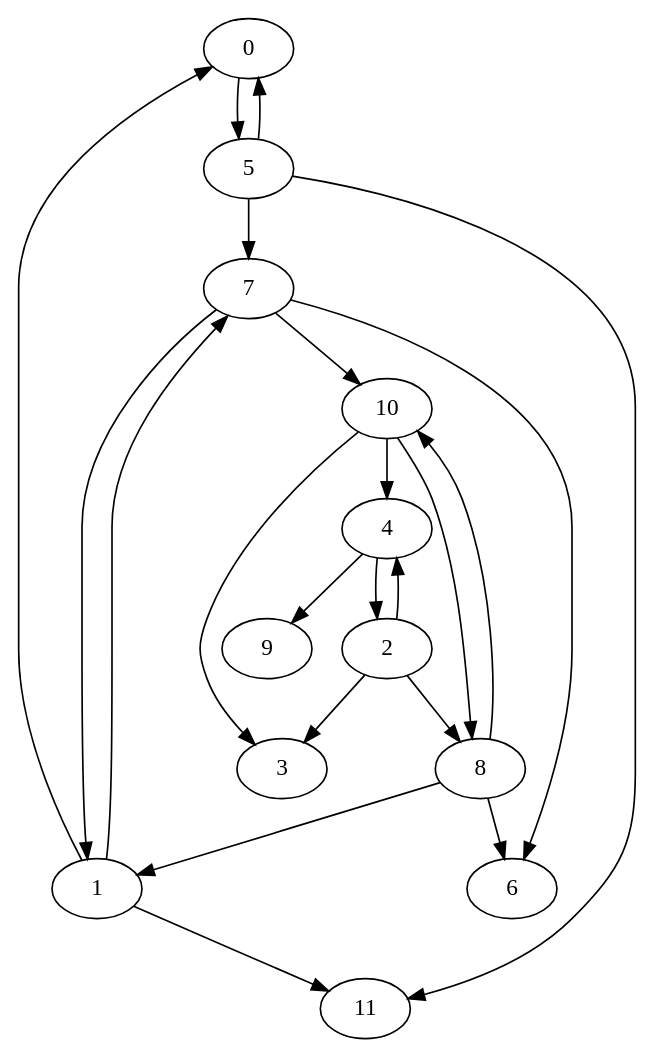
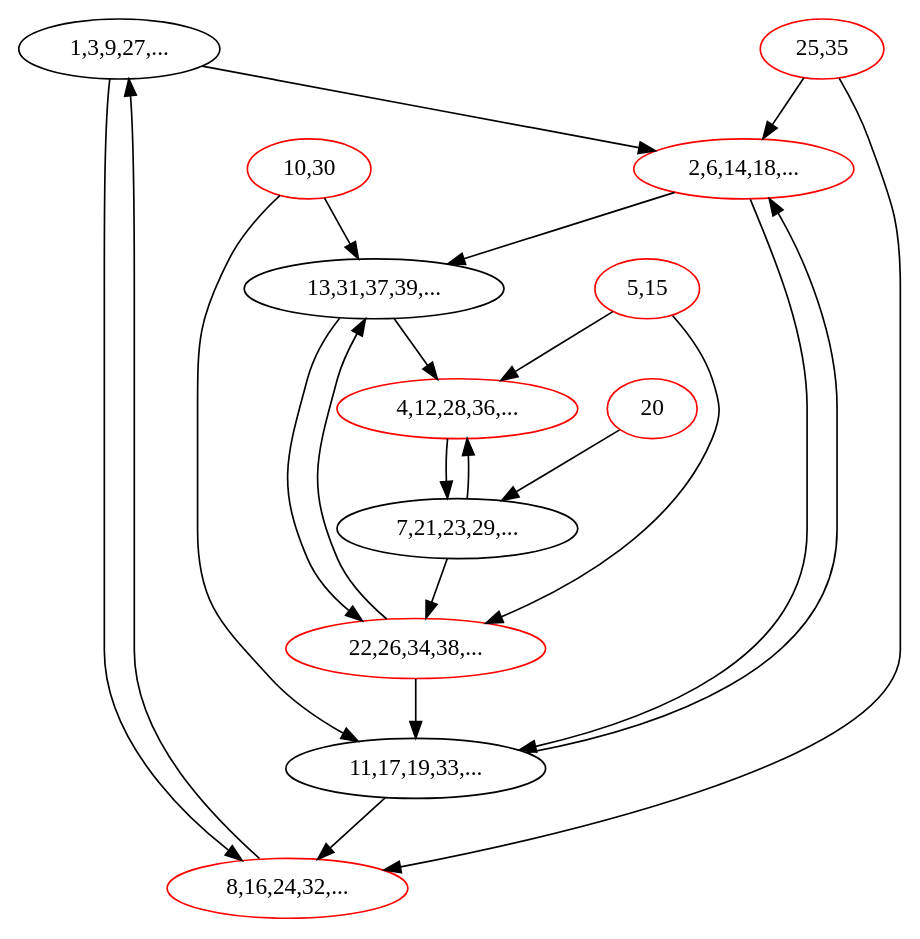
The diagram in graph40_q3a5b1.gv (jwimberley/FiniteFieldCollatz), drawn with Graphviz before and after one commit. The commit also changed 18 other files, not shown here.

```diff
--- a/graph40_q3a5b1.gv
+++ b/graph40_q3a5b1.gv
@@ -1,35 +1,35 @@
 digraph G {
-0;
-1;
-2;
-3;
-4;
-5;
-6;
-7;
-8;
-9;
-10;
-11;
-1->0 ;
+0[label="1,3,9,27,...", color="black", bgcolor="lightgrey"];
+1[label="2,6,14,18,...", color="red", bgcolor="red"];
+2[label="4,12,28,36,...", color="red", bgcolor="red"];
+3[label="5,15", color="red", bgcolor="red"];
+4[label="7,21,23,29,...", color="black", bgcolor="lightgrey"];
+5[label="8,16,24,32,...", color="red", bgcolor="red"];
+6[label="10,30", color="red", bgcolor="red"];
+7[label="11,17,19,33,...", color="black", bgcolor="lightgrey"];
+8[label="13,31,37,39,...", color="black", bgcolor="lightgrey"];
+9[label="20", color="red", bgcolor="red"];
+10[label="22,26,34,38,...", color="red", bgcolor="red"];
+11[label="25,35", color="red", bgcolor="red"];
+0->1 ;
+0->5 ;
+1->7 ;
+1->8 ;
+2->4 ;
+3->2 ;
+3->10 ;
+4->2 ;
+4->10 ;
 5->0 ;
+6->7 ;
+6->8 ;
 7->1 ;
-8->1 ;
-4->2 ;
-2->3 ;
-10->3 ;
-2->4 ;
-10->4 ;
-0->5 ;
-7->6 ;
-8->6 ;
-1->7 ;
-5->7 ;
-2->8 ;
+7->5 ;
+8->2 ;
+8->10 ;
+9->4 ;
+10->7 ;
 10->8 ;
-4->9 ;
-7->10 ;
-8->10 ;
-1->11 ;
-5->11 ;
+11->1 ;
+11->5 ;
 }
```
